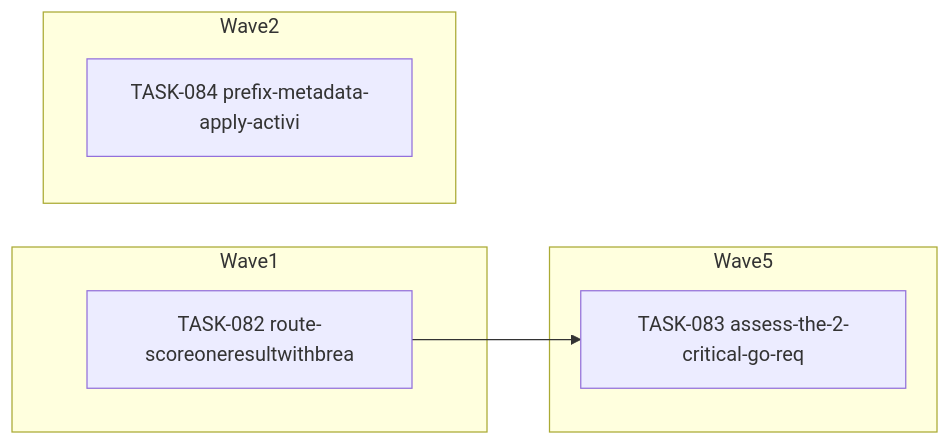
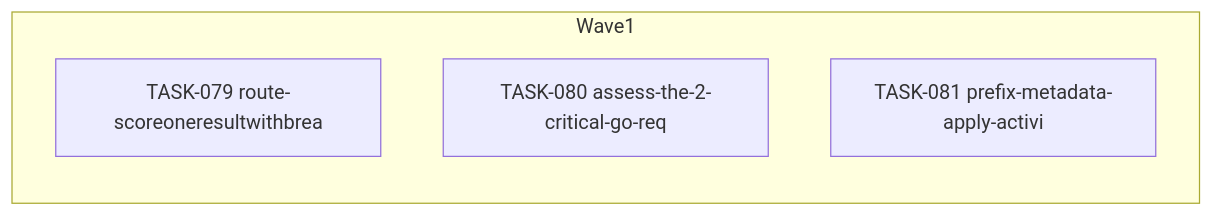
Before and after one commit to falkcorp/audiobook-organizer: the diagram in docs/agent-tasks/todo-completion/metadata/orchestration.md, drawn with Mermaid. The commit also changed other lines of this file and 406 other files, not shown here.

````diff
--- a/docs/agent-tasks/todo-completion/metadata/orchestration.md
+++ b/docs/agent-tasks/todo-completion/metadata/orchestration.md
@@ -12,13 +12,9 @@
 ```mermaid
 flowchart LR
     subgraph Wave1
-      TASK082[TASK-082 route-scoreoneresultwithbrea]
+      TASK079[TASK-079 route-scoreoneresultwithbrea]
+      TASK080[TASK-080 assess-the-2-critical-go-req]
+      TASK081[TASK-081 prefix-metadata-apply-activi]
     end
-    subgraph Wave2
-      TASK084[TASK-084 prefix-metadata-apply-activi]
-    end
-    subgraph Wave5
-      TASK083[TASK-083 assess-the-2-critical-go-req]
-    end
-    TASK082 --> TASK083
+
 ```
````
